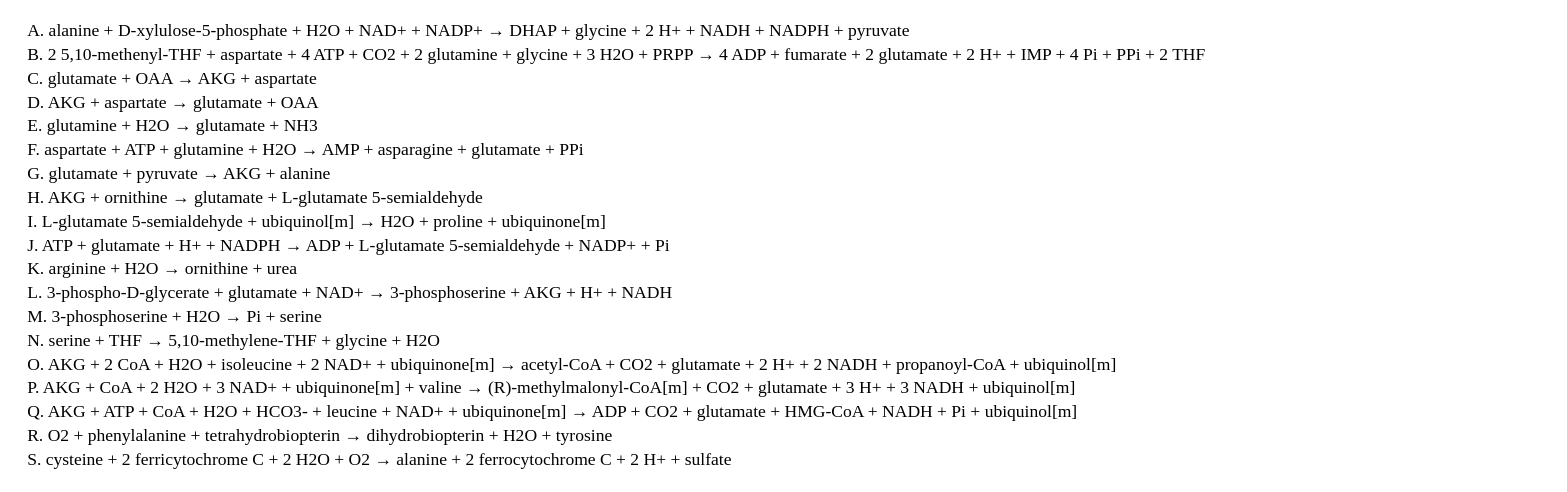
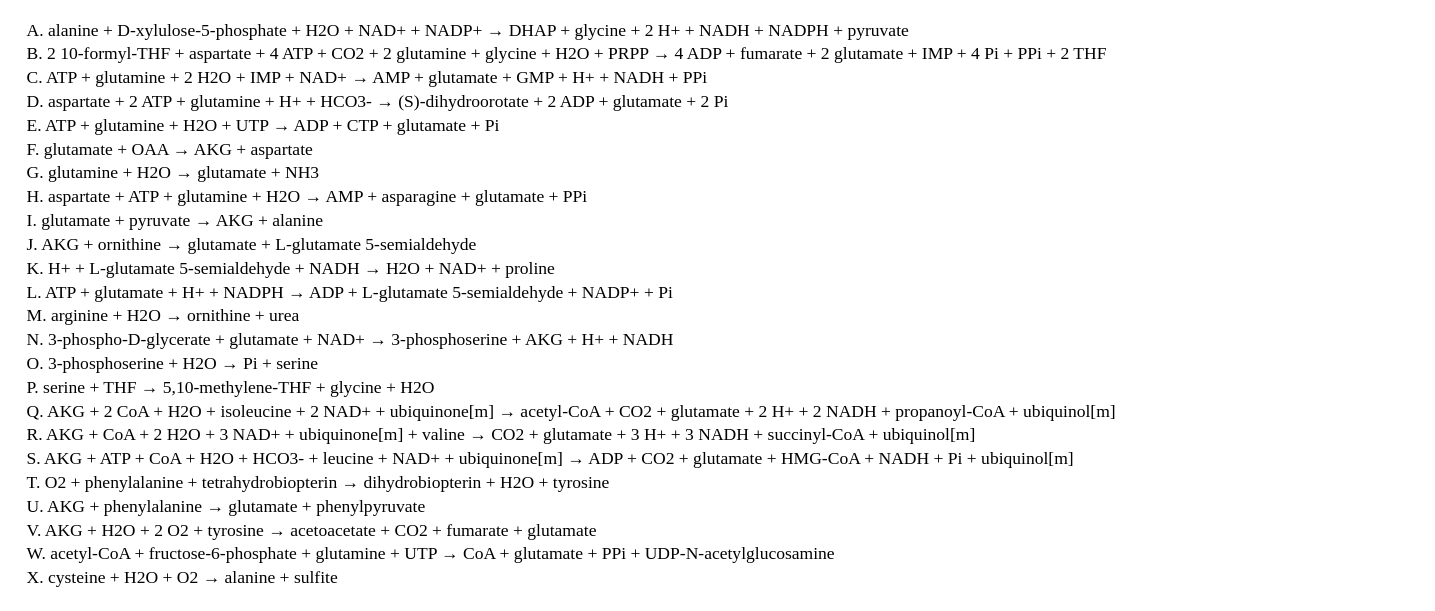
One commit to SysBioChalmers/LiverCellMetabolismSimulation changed the diagram in displayNetwork/test.dot_legend.dot. Above: the diagram before and after it, drawn with Graphviz.

Commit message:
ignore temporary dotfile

```diff
--- a/displayNetwork/test.dot_legend.dot
+++ b/displayNetwork/test.dot_legend.dot
@@ -1,23 +1,28 @@
 digraph G {
 key [label=<<table border="0" cellpadding="2" cellspacing="0" cellborder="0" width="200px">
 <tr><td align="left">A. alanine + D-xylulose-5-phosphate + H2O + NAD+ + NADP+ &rarr; DHAP + glycine + 2 H+ + NADH + NADPH + pyruvate</td></tr>
-<tr><td align="left">B. 2 5,10-methenyl-THF + aspartate + 4 ATP + CO2 + 2 glutamine + glycine + 3 H2O + PRPP &rarr; 4 ADP + fumarate + 2 glutamate + 2 H+ + IMP + 4 Pi + PPi + 2 THF</td></tr>
-<tr><td align="left">C. glutamate + OAA &rarr; AKG + aspartate</td></tr>
-<tr><td align="left">D. AKG + aspartate &rarr; glutamate + OAA</td></tr>
-<tr><td align="left">E. glutamine + H2O &rarr; glutamate + NH3</td></tr>
-<tr><td align="left">F. aspartate + ATP + glutamine + H2O &rarr; AMP + asparagine + glutamate + PPi</td></tr>
-<tr><td align="left">G. glutamate + pyruvate &rarr; AKG + alanine</td></tr>
-<tr><td align="left">H. AKG + ornithine &rarr; glutamate + L-glutamate 5-semialdehyde</td></tr>
-<tr><td align="left">I. L-glutamate 5-semialdehyde + ubiquinol[m] &rarr; H2O + proline + ubiquinone[m]</td></tr>
-<tr><td align="left">J. ATP + glutamate + H+ + NADPH &rarr; ADP + L-glutamate 5-semialdehyde + NADP+ + Pi</td></tr>
-<tr><td align="left">K. arginine + H2O &rarr; ornithine + urea</td></tr>
-<tr><td align="left">L. 3-phospho-D-glycerate + glutamate + NAD+ &rarr; 3-phosphoserine + AKG + H+ + NADH</td></tr>
-<tr><td align="left">M. 3-phosphoserine + H2O &rarr; Pi + serine</td></tr>
-<tr><td align="left">N. serine + THF &rarr; 5,10-methylene-THF + glycine + H2O</td></tr>
-<tr><td align="left">O. AKG + 2 CoA + H2O + isoleucine + 2 NAD+ + ubiquinone[m] &rarr; acetyl-CoA + CO2 + glutamate + 2 H+ + 2 NADH + propanoyl-CoA + ubiquinol[m]</td></tr>
-<tr><td align="left">P. AKG + CoA + 2 H2O + 3 NAD+ + ubiquinone[m] + valine &rarr; (R)-methylmalonyl-CoA[m] + CO2 + glutamate + 3 H+ + 3 NADH + ubiquinol[m]</td></tr>
-<tr><td align="left">Q. AKG + ATP + CoA + H2O + HCO3- + leucine + NAD+ + ubiquinone[m] &rarr; ADP + CO2 + glutamate + HMG-CoA + NADH + Pi + ubiquinol[m]</td></tr>
-<tr><td align="left">R. O2 + phenylalanine + tetrahydrobiopterin &rarr; dihydrobiopterin + H2O + tyrosine</td></tr>
-<tr><td align="left">S. cysteine + 2 ferricytochrome C + 2 H2O + O2 &rarr; alanine + 2 ferrocytochrome C + 2 H+ + sulfate</td></tr>
+<tr><td align="left">B. 2 10-formyl-THF + aspartate + 4 ATP + CO2 + 2 glutamine + glycine + H2O + PRPP &rarr; 4 ADP + fumarate + 2 glutamate + IMP + 4 Pi + PPi + 2 THF</td></tr>
+<tr><td align="left">C. ATP + glutamine + 2 H2O + IMP + NAD+ &rarr; AMP + glutamate + GMP + H+ + NADH + PPi</td></tr>
+<tr><td align="left">D. aspartate + 2 ATP + glutamine + H+ + HCO3- &rarr; (S)-dihydroorotate + 2 ADP + glutamate + 2 Pi</td></tr>
+<tr><td align="left">E. ATP + glutamine + H2O + UTP &rarr; ADP + CTP + glutamate + Pi</td></tr>
+<tr><td align="left">F. glutamate + OAA &rarr; AKG + aspartate</td></tr>
+<tr><td align="left">G. glutamine + H2O &rarr; glutamate + NH3</td></tr>
+<tr><td align="left">H. aspartate + ATP + glutamine + H2O &rarr; AMP + asparagine + glutamate + PPi</td></tr>
+<tr><td align="left">I. glutamate + pyruvate &rarr; AKG + alanine</td></tr>
+<tr><td align="left">J. AKG + ornithine &rarr; glutamate + L-glutamate 5-semialdehyde</td></tr>
+<tr><td align="left">K. H+ + L-glutamate 5-semialdehyde + NADH &rarr; H2O + NAD+ + proline</td></tr>
+<tr><td align="left">L. ATP + glutamate + H+ + NADPH &rarr; ADP + L-glutamate 5-semialdehyde + NADP+ + Pi</td></tr>
+<tr><td align="left">M. arginine + H2O &rarr; ornithine + urea</td></tr>
+<tr><td align="left">N. 3-phospho-D-glycerate + glutamate + NAD+ &rarr; 3-phosphoserine + AKG + H+ + NADH</td></tr>
+<tr><td align="left">O. 3-phosphoserine + H2O &rarr; Pi + serine</td></tr>
+<tr><td align="left">P. serine + THF &rarr; 5,10-methylene-THF + glycine + H2O</td></tr>
+<tr><td align="left">Q. AKG + 2 CoA + H2O + isoleucine + 2 NAD+ + ubiquinone[m] &rarr; acetyl-CoA + CO2 + glutamate + 2 H+ + 2 NADH + propanoyl-CoA + ubiquinol[m]</td></tr>
+<tr><td align="left">R. AKG + CoA + 2 H2O + 3 NAD+ + ubiquinone[m] + valine &rarr; CO2 + glutamate + 3 H+ + 3 NADH + succinyl-CoA + ubiquinol[m]</td></tr>
+<tr><td align="left">S. AKG + ATP + CoA + H2O + HCO3- + leucine + NAD+ + ubiquinone[m] &rarr; ADP + CO2 + glutamate + HMG-CoA + NADH + Pi + ubiquinol[m]</td></tr>
+<tr><td align="left">T. O2 + phenylalanine + tetrahydrobiopterin &rarr; dihydrobiopterin + H2O + tyrosine</td></tr>
+<tr><td align="left">U. AKG + phenylalanine &rarr; glutamate + phenylpyruvate</td></tr>
+<tr><td align="left">V. AKG + H2O + 2 O2 + tyrosine &rarr; acetoacetate + CO2 + fumarate + glutamate</td></tr>
+<tr><td align="left">W. acetyl-CoA + fructose-6-phosphate + glutamine + UTP &rarr; CoA + glutamate + PPi + UDP-N-acetylglucosamine</td></tr>
+<tr><td align="left">X. cysteine + H2O + O2 &rarr; alanine + sulfite</td></tr>
 </table>>, shape="box", style="setlinewidth(0)"];
 }
```
